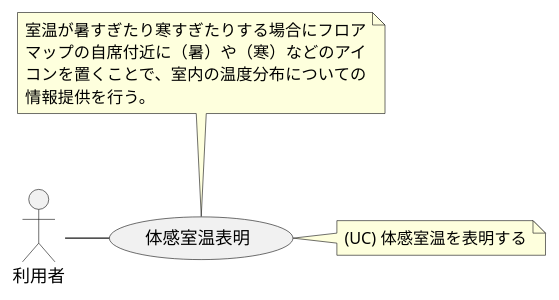
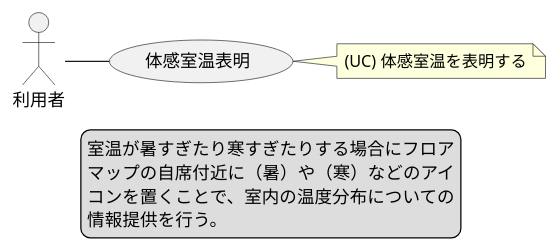
Before and after one commit to kkismd/document-template: the diagram in user-scene.puml, drawn with PlantUML. The commit also changed 10 other files, not shown here.

```diff
--- a/user-scene.puml
+++ b/user-scene.puml
@@ -1,16 +1,15 @@
 @startuml
 actor 利用者
 usecase 体感室温表明
 note right: (UC) 体感室温を表明する
 
 利用者 - 体感室温表明
 
-note as N1
+legend
 室温が暑すぎたり寒すぎたりする場合にフロア
 マップの自席付近に（暑）や（寒）などのアイ
 コンを置くことで、室内の温度分布についての
 情報提供を行う。
-end note
+end legend
 
-N1 -- 体感室温表明
 @enduml
```
